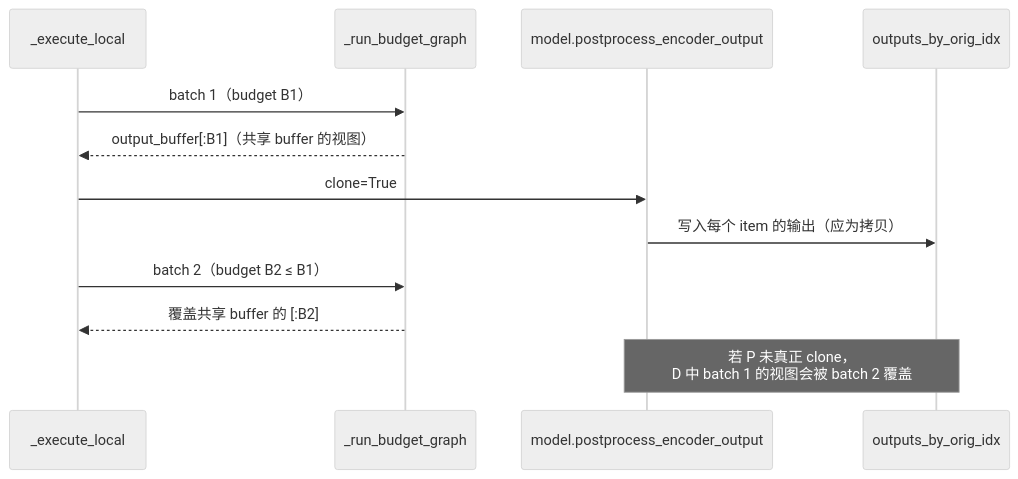
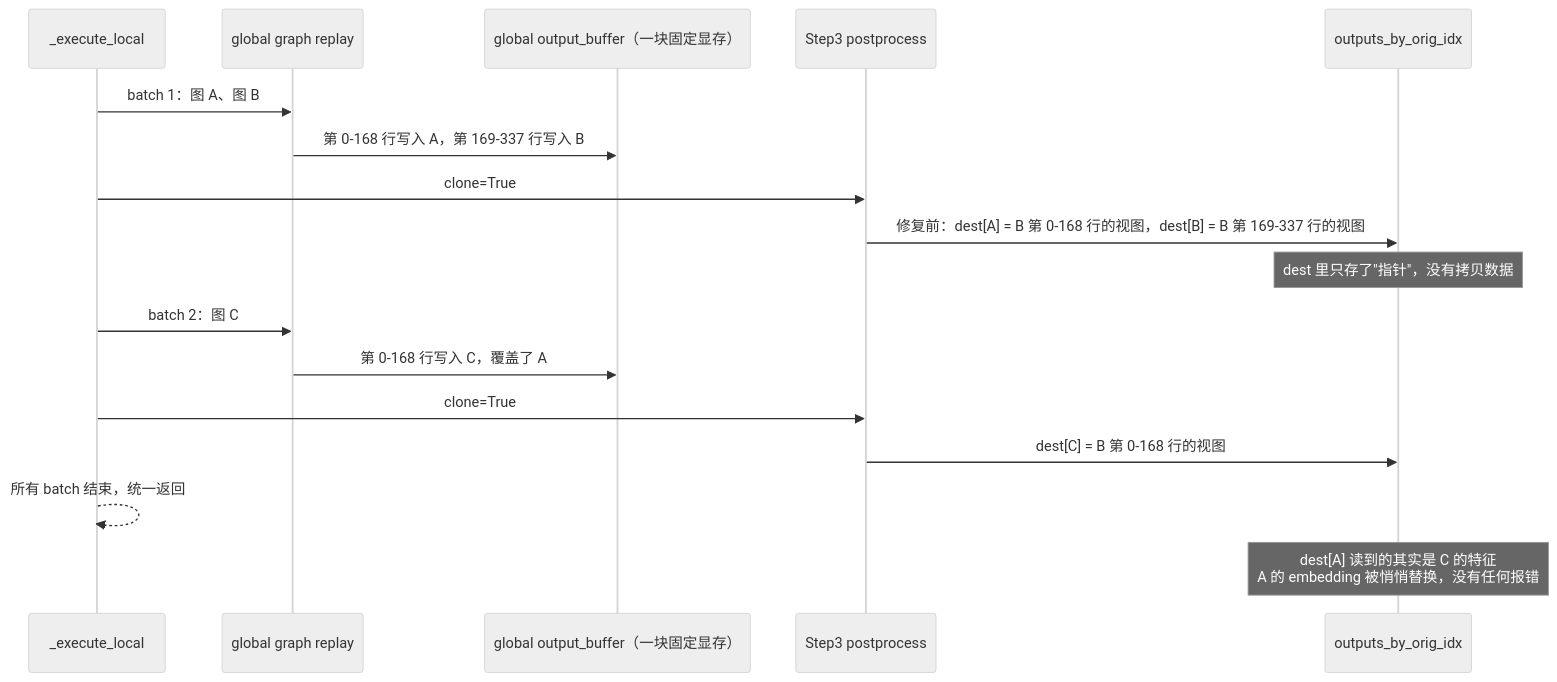
Before and after one commit to shen-shanshan/vllm-dev-skills: the fourth of 5 diagrams in skills/vllm-rocm-pr-review/outputs/pr-65351-review.md, drawn with Mermaid (neutral theme). The commit also changed other lines of this file and 5 other files, not shown here.

````diff
--- a/skills/vllm-rocm-pr-review/outputs/pr-65351-review.md
+++ b/skills/vllm-rocm-pr-review/outputs/pr-65351-review.md
@@ -60,14 +115,19 @@
 ```mermaid
 sequenceDiagram
-    participant R as _execute_local
-    participant G as _run_budget_graph
-    participant P as model.postprocess_encoder_output
+    participant E as _execute_local
+    participant G as global graph replay
+    participant B as global output_buffer（一块固定显存）
+    participant P as Step3 postprocess
     participant D as outputs_by_orig_idx
-    R->>G: batch 1（budget B1）
-    G-->>R: output_buffer[:B1]（共享 buffer 的视图）
-    R->>P: clone=True
-    P->>D: 写入每个 item 的输出（应为拷贝）
-    R->>G: batch 2（budget B2 ≤ B1）
-    G-->>R: 覆盖共享 buffer 的 [:B2]
-    Note over P,D: 若 P 未真正 clone，<br/>D 中 batch 1 的视图会被 batch 2 覆盖
+    E->>G: batch 1：图 A、图 B
+    G->>B: 第 0-168 行写入 A，第 169-337 行写入 B
+    E->>P: clone=True
+    P->>D: 修复前：dest[A] = B 第 0-168 行的视图，dest[B] = B 第 169-337 行的视图
+    Note over D: dest 里只存了"指针"，没有拷贝数据
+    E->>G: batch 2：图 C
+    G->>B: 第 0-168 行写入 C，覆盖了 A
+    E->>P: clone=True
+    P->>D: dest[C] = B 第 0-168 行的视图
+    E-->>E: 所有 batch 结束，统一返回
+    Note over D: dest[A] 读到的其实是 C 的特征<br/>A 的 embedding 被悄悄替换，没有任何报错
 ```
````
